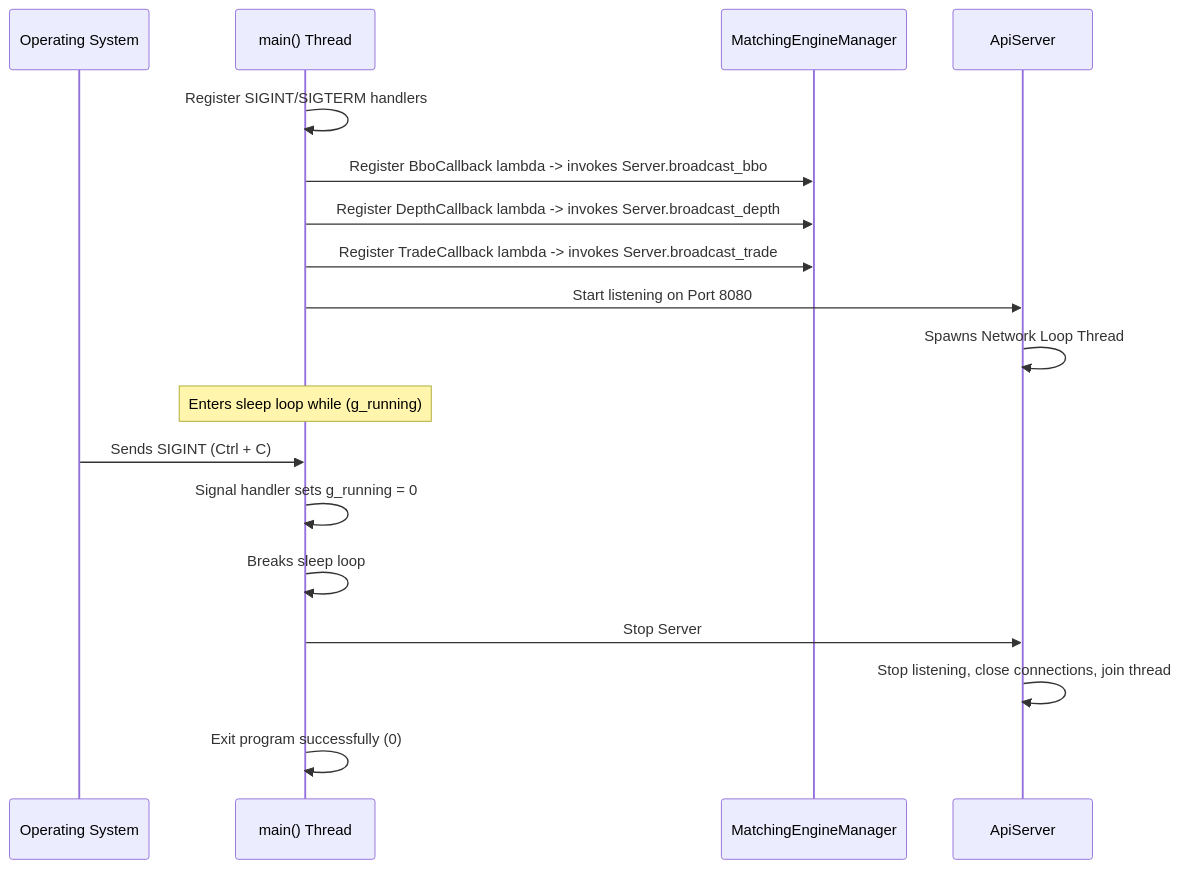
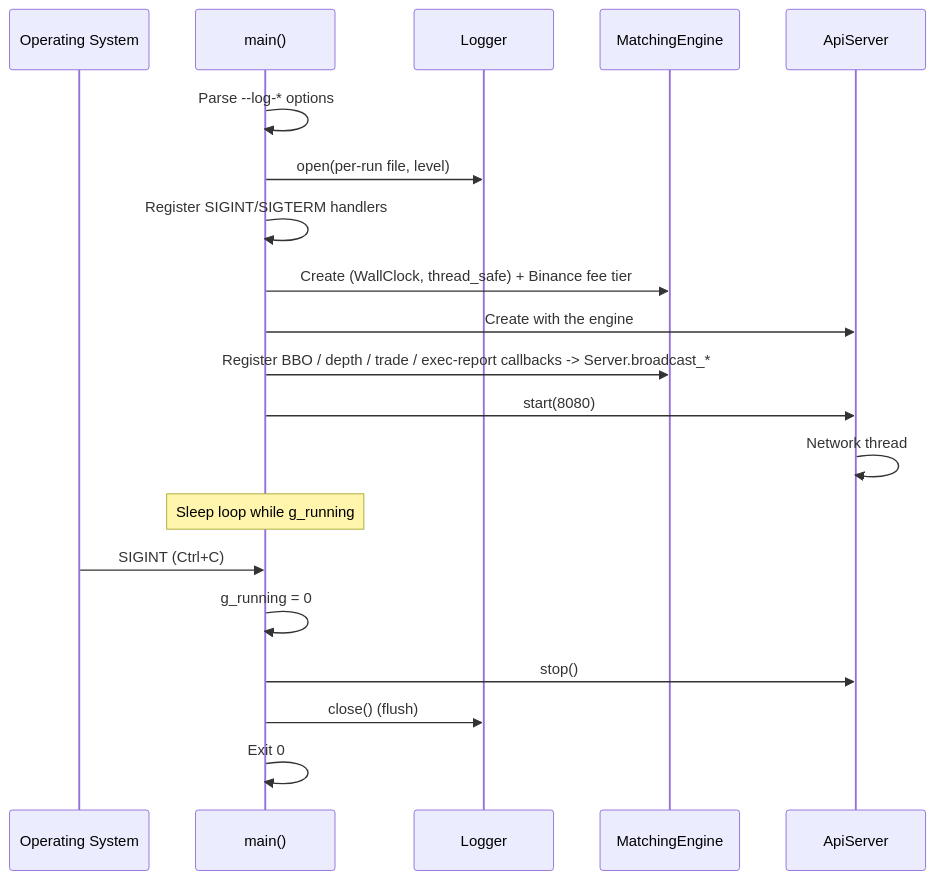
The diagram in explanations/main.md (Rishav123raj/BlockSprint), drawn with Mermaid before and after one commit. The commit also changed other lines of this file and 13 other files, not shown here.

````diff
--- a/explanations/main.md
+++ b/explanations/main.md
@@ -24,25 +37,25 @@
 ```mermaid
 sequenceDiagram
     participant OS as Operating System
-    participant Main as main() Thread
-    participant MEM as MatchingEngineManager
+    participant Main as main()
+    participant Log as Logger
+    participant ME as MatchingEngine
     participant Server as ApiServer
 
+    Main->>Main: Parse --log-* options
+    Main->>Log: open(per-run file, level)
     Main->>Main: Register SIGINT/SIGTERM handlers
-    Main->>MEM: Register BboCallback lambda -> invokes Server.broadcast_bbo
-    Main->>MEM: Register DepthCallback lambda -> invokes Server.broadcast_depth
-    Main->>MEM: Register TradeCallback lambda -> invokes Server.broadcast_trade
-    
-    Main->>Server: Start listening on Port 8080
-    Server->>Server: Spawns Network Loop Thread
-    
-    Note over Main: Enters sleep loop while (g_running)
-    
-    OS->>Main: Sends SIGINT (Ctrl + C)
-    Main->>Main: Signal handler sets g_running = 0
-    Main->>Main: Breaks sleep loop
-    
-    Main->>Server: Stop Server
-    Server->>Server: Stop listening, close connections, join thread
-    Main->>Main: Exit program successfully (0)
+    Main->>ME: Create (WallClock, thread_safe) + Binance fee tier
+    Main->>Server: Create with the engine
+    Main->>ME: Register BBO / depth / trade / exec-report callbacks -> Server.broadcast_*
+    Main->>Server: start(8080)
+    Server->>Server: Network thread
+
+    Note over Main: Sleep loop while g_running
+
+    OS->>Main: SIGINT (Ctrl+C)
+    Main->>Main: g_running = 0
+    Main->>Server: stop()
+    Main->>Log: close() (flush)
+    Main->>Main: Exit 0
 ```
````
